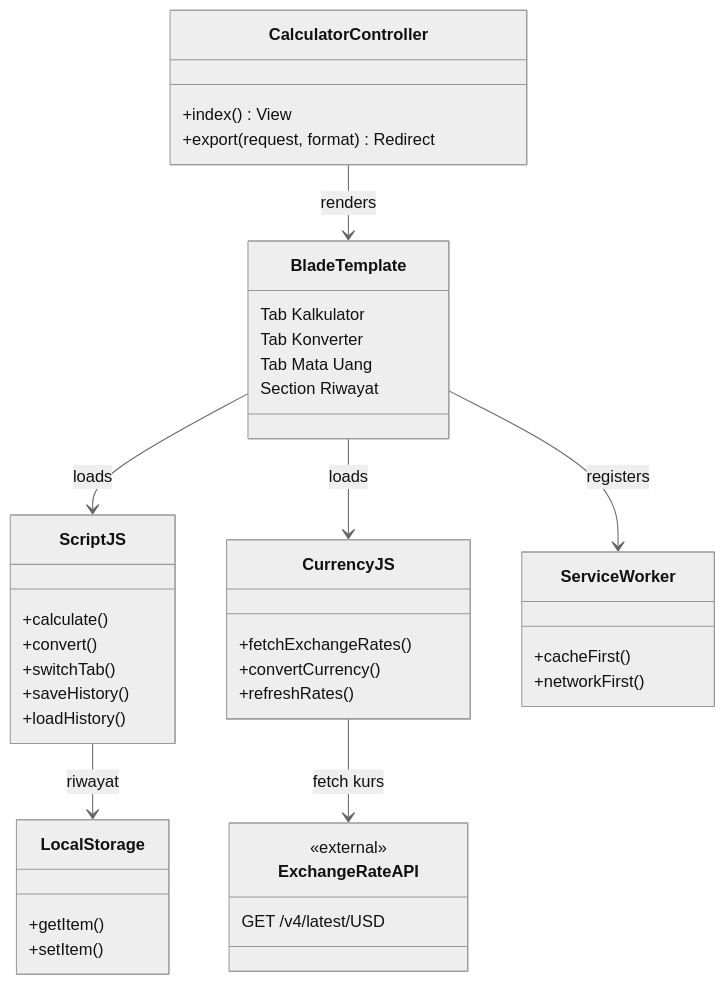
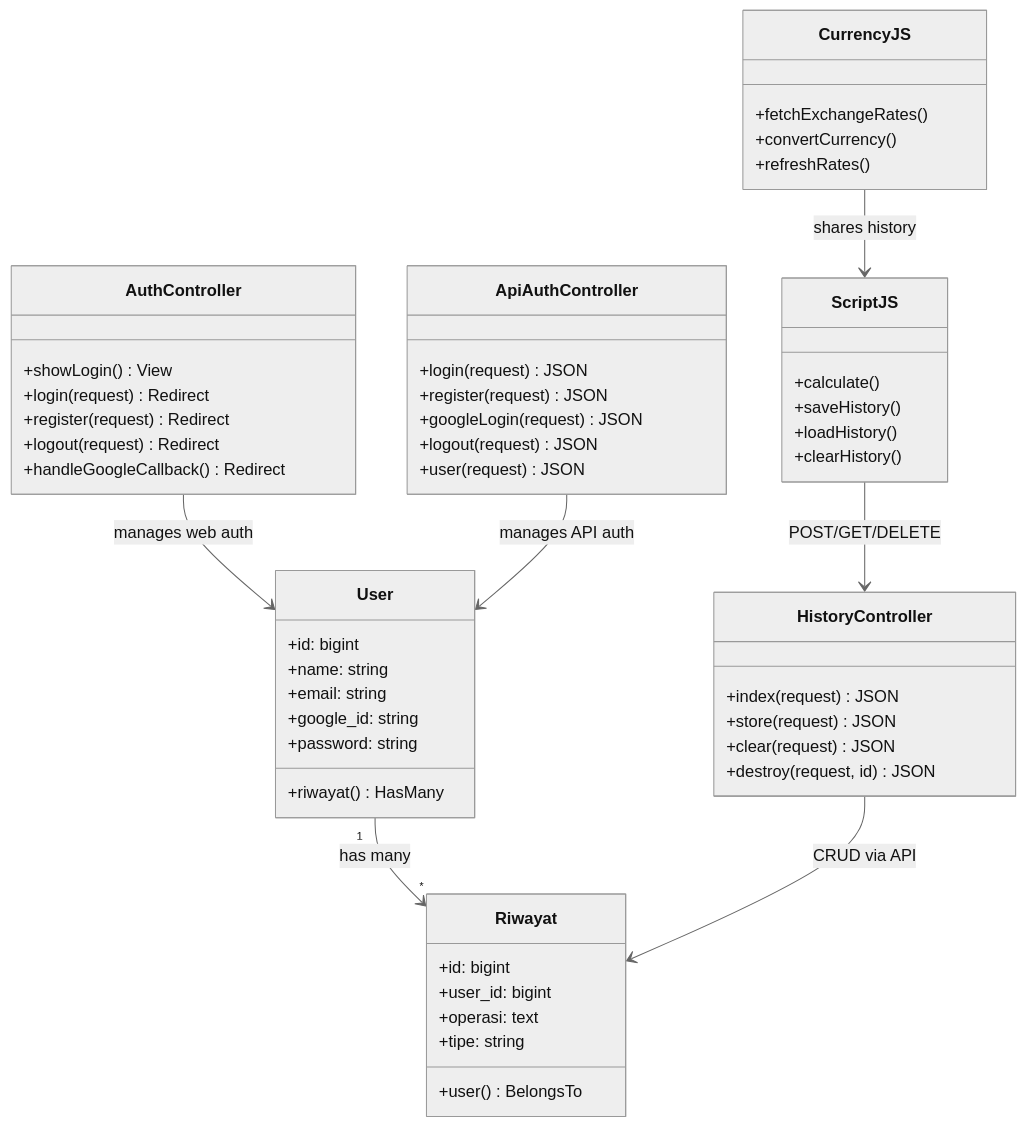
The seventh of 7 diagrams in e-concalc-web/README.md (falcon-ioi/Caclcon), drawn with Mermaid (neutral theme) before and after one commit. The commit also changed other lines of this file and 2 other files, not shown here.

First line of the commit message:
docs: update all README files with auth, API sync, database schema

````diff
--- a/e-concalc-web/README.md
+++ b/e-concalc-web/README.md
@@ -215,50 +293,62 @@
 ```mermaid
 classDiagram
-    class CalculatorController {
-        +index() View
-        +export(request, format) Redirect
+    class User {
+        +id: bigint
+        +name: string
+        +email: string
+        +google_id: string
+        +password: string
+        +riwayat() HasMany
     }
 
-    class BladeTemplate {
-        Tab Kalkulator
-        Tab Konverter
-        Tab Mata Uang
-        Section Riwayat
+    class Riwayat {
+        +id: bigint
+        +user_id: bigint
+        +operasi: text
+        +tipe: string
+        +user() BelongsTo
+    }
+
+    class AuthController {
+        +showLogin() View
+        +login(request) Redirect
+        +register(request) Redirect
+        +logout(request) Redirect
+        +handleGoogleCallback() Redirect
+    }
+
+    class ApiAuthController {
+        +login(request) JSON
+        +register(request) JSON
+        +googleLogin(request) JSON
+        +logout(request) JSON
+        +user(request) JSON
+    }
+
+    class HistoryController {
+        +index(request) JSON
+        +store(request) JSON
+        +clear(request) JSON
+        +destroy(request, id) JSON
     }
 
     class ScriptJS {
         +calculate()
-        +convert()
-        +switchTab()
         +saveHistory()
         +loadHistory()
+        +clearHistory()
     }
 
     class CurrencyJS {
         +fetchExchangeRates()
         +convertCurrency()
         +refreshRates()
     }
 
-    class ServiceWorker {
-        +cacheFirst()
-        +networkFirst()
-    }
-
-    class LocalStorage {
-        +getItem()
-        +setItem()
-    }
-
-    class ExchangeRateAPI {
-        <<external>>
-        GET /v4/latest/USD
-    }
-
-    CalculatorController --> BladeTemplate : renders
-    BladeTemplate --> ScriptJS : loads
-    BladeTemplate --> CurrencyJS : loads
-    BladeTemplate --> ServiceWorker : registers
-    ScriptJS --> LocalStorage : riwayat
-    CurrencyJS --> ExchangeRateAPI : fetch kurs
+    User "1" --> "*" Riwayat : has many
+    AuthController --> User : manages web auth
+    ApiAuthController --> User : manages API auth
+    HistoryController --> Riwayat : CRUD via API
+    ScriptJS --> HistoryController : POST/GET/DELETE
+    CurrencyJS --> ScriptJS : shares history
 ```
````
